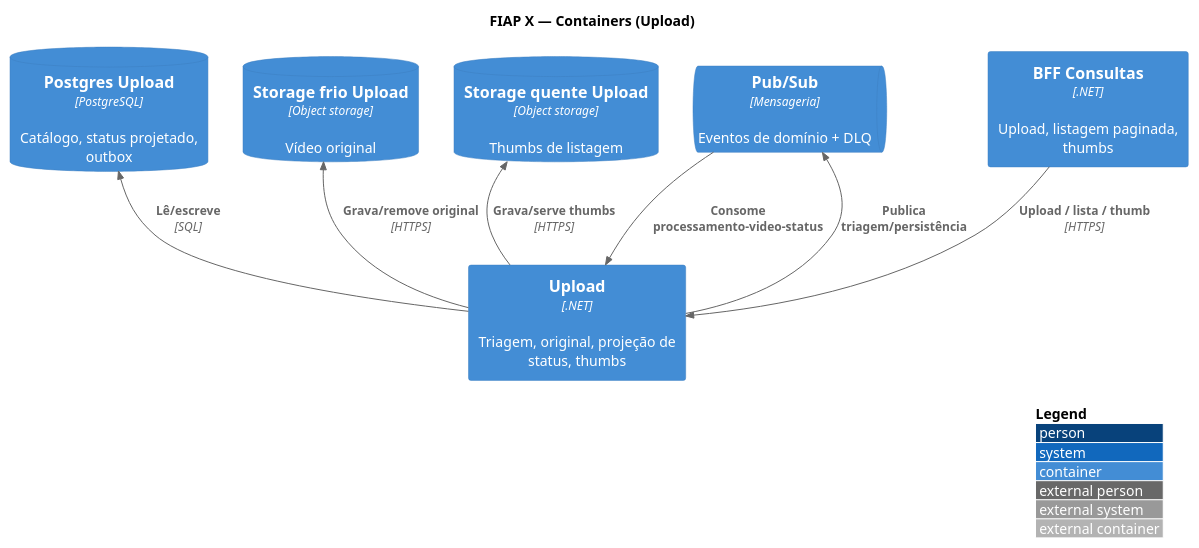
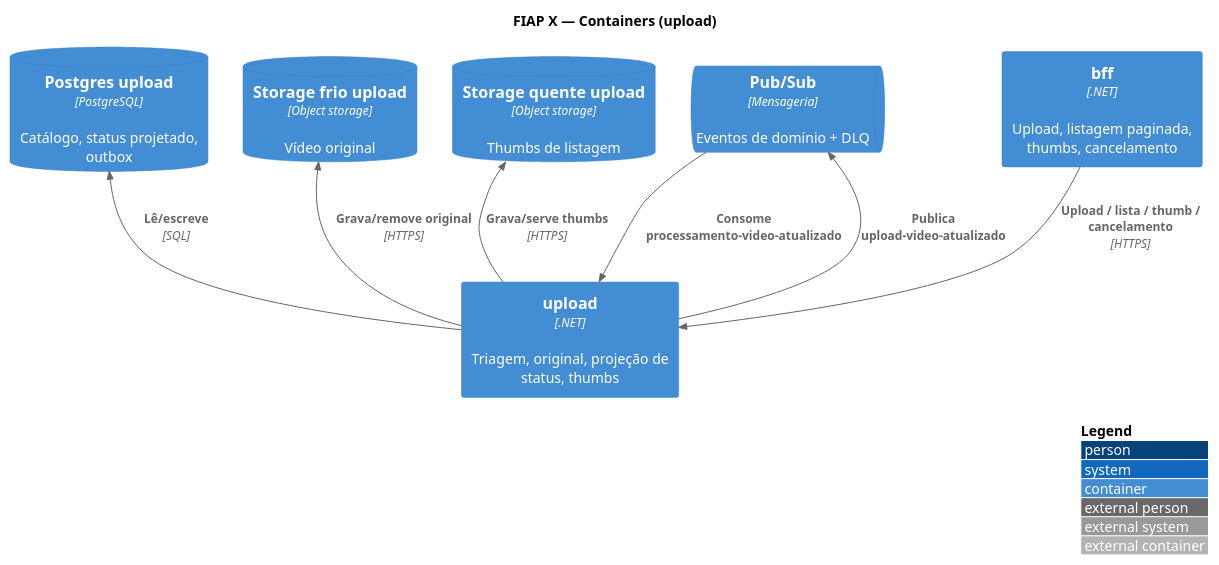
Before and after one commit to fiap-x-vcosta/docs: the diagram in arquitetura/03_containers-upload.puml, drawn with PlantUML. The commit also changed 41 other files, not shown here.

First line of the commit message:
docs: unificar tópicos upload/processamento e padronizar serviços

```diff
--- a/arquitetura/03_containers-upload.puml
+++ b/arquitetura/03_containers-upload.puml
@@ -1,29 +1,29 @@
 @startuml 03_containers-upload
 !include https://raw.githubusercontent.com/plantuml-stdlib/C4-PlantUML/master/C4_Container.puml
 
 LAYOUT_WITH_LEGEND()
 LAYOUT_TOP_DOWN()
 
-title FIAP X — Containers (Upload)
+title FIAP X — Containers (upload)
 
-Container(bff, "BFF Consultas", ".NET", "Upload, listagem paginada, thumbs")
-Container(upload, "Upload", ".NET", "Triagem, original, projeção de status, thumbs")
-ContainerDb(pgUpload, "Postgres Upload", "PostgreSQL", "Catálogo, status projetado, outbox")
-ContainerDb(frioUp, "Storage frio Upload", "Object storage", "Vídeo original")
-ContainerDb(quente, "Storage quente Upload", "Object storage", "Thumbs de listagem")
+Container(bff, "bff", ".NET", "Upload, listagem paginada, thumbs, cancelamento")
+Container(upload, "upload", ".NET", "Triagem, original, projeção de status, thumbs")
+ContainerDb(pgUpload, "Postgres upload", "PostgreSQL", "Catálogo, status projetado, outbox")
+ContainerDb(frioUp, "Storage frio upload", "Object storage", "Vídeo original")
+ContainerDb(quente, "Storage quente upload", "Object storage", "Thumbs de listagem")
 ContainerQueue(pubsub, "Pub/Sub", "Mensageria", "Eventos de domínio + DLQ")
 
-Rel(bff, upload, "Upload / lista / thumb", "HTTPS")
+Rel(bff, upload, "Upload / lista / thumb / cancelamento", "HTTPS")
 Rel(upload, pgUpload, "Lê/escreve", "SQL")
 Rel(upload, frioUp, "Grava/remove original", "HTTPS")
 Rel(upload, quente, "Grava/serve thumbs", "HTTPS")
-Rel(upload, pubsub, "Publica triagem/persistência")
-Rel(pubsub, upload, "Consome processamento-video-status")
+Rel(upload, pubsub, "Publica upload-video-atualizado")
+Rel(pubsub, upload, "Consome processamento-video-atualizado")
 
 Lay_D(bff, upload)
 Lay_D(upload, pgUpload)
 Lay_R(pgUpload, frioUp)
 Lay_R(frioUp, quente)
 Lay_R(quente, pubsub)
 
 @enduml
```
